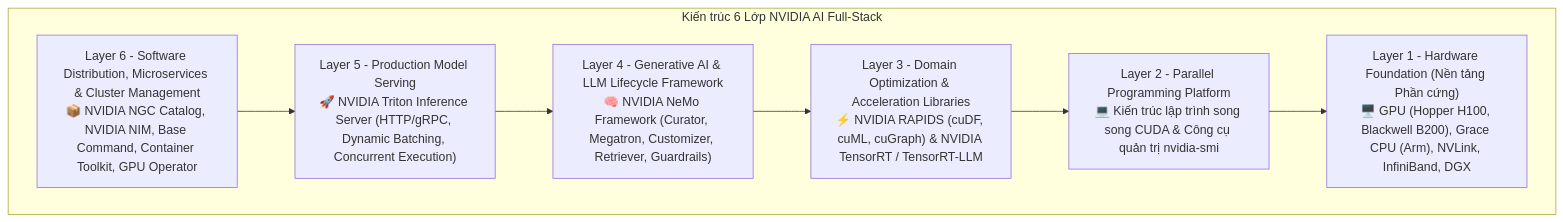
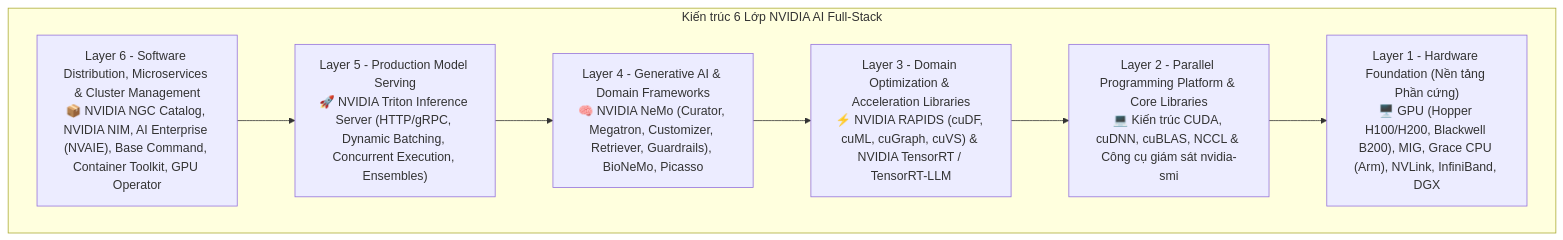
One commit to nxthanh2904/nca-genl changed the first of 6 diagrams in Module_08_NVIDIA_Ecosystem.md. Above: the diagram before and after it, drawn with Mermaid. The commit also changed other lines of this file and 11 other files, not shown here.

````diff
--- a/Module_08_NVIDIA_Ecosystem.md
+++ b/Module_08_NVIDIA_Ecosystem.md
@@ -20,13 +20,13 @@
 ```mermaid
 flowchart TD
     subgraph Stack["Kiến trúc 6 Lớp NVIDIA AI Full-Stack"]
-        L6["Layer 6 - Software Distribution, Microservices & Cluster Management<br/>📦 NVIDIA NGC Catalog, NVIDIA NIM, Base Command, Container Toolkit, GPU Operator"]
-        L5["Layer 5 - Production Model Serving<br/>🚀 NVIDIA Triton Inference Server (HTTP/gRPC, Dynamic Batching, Concurrent Execution)"]
-        L4["Layer 4 - Generative AI & LLM Lifecycle Framework<br/>🧠 NVIDIA NeMo Framework (Curator, Megatron, Customizer, Retriever, Guardrails)"]
-        L3["Layer 3 - Domain Optimization & Acceleration Libraries<br/>⚡ NVIDIA RAPIDS (cuDF, cuML, cuGraph) & NVIDIA TensorRT / TensorRT-LLM"]
-        L2["Layer 2 - Parallel Programming Platform<br/>💻 Kiến trúc lập trình song song CUDA & Công cụ quản trị nvidia-smi"]
-        L1["Layer 1 - Hardware Foundation (Nền tảng Phần cứng)<br/>🖥️ GPU (Hopper H100, Blackwell B200), Grace CPU (Arm), NVLink, InfiniBand, DGX"]
+        L6["Layer 6 - Software Distribution, Microservices & Cluster Management<br/>📦 NVIDIA NGC Catalog, NVIDIA NIM, AI Enterprise (NVAIE), Base Command, Container Toolkit, GPU Operator"]
+        L5["Layer 5 - Production Model Serving<br/>🚀 NVIDIA Triton Inference Server (HTTP/gRPC, Dynamic Batching, Concurrent Execution, Ensembles)"]
+        L4["Layer 4 - Generative AI & Domain Frameworks<br/>🧠 NVIDIA NeMo (Curator, Megatron, Customizer, Retriever, Guardrails), BioNeMo, Picasso"]
+        L3["Layer 3 - Domain Optimization & Acceleration Libraries<br/>⚡ NVIDIA RAPIDS (cuDF, cuML, cuGraph, cuVS) & NVIDIA TensorRT / TensorRT-LLM"]
+        L2["Layer 2 - Parallel Programming Platform & Core Libraries<br/>💻 Kiến trúc CUDA, cuDNN, cuBLAS, NCCL & Công cụ giám sát nvidia-smi"]
+        L1["Layer 1 - Hardware Foundation (Nền tảng Phần cứng)<br/>🖥️ GPU (Hopper H100/H200, Blackwell B200), MIG, Grace CPU (Arm), NVLink, InfiniBand, DGX"]
 
         L6 --> L5 --> L4 --> L3 --> L2 --> L1
     end
 ```
````
